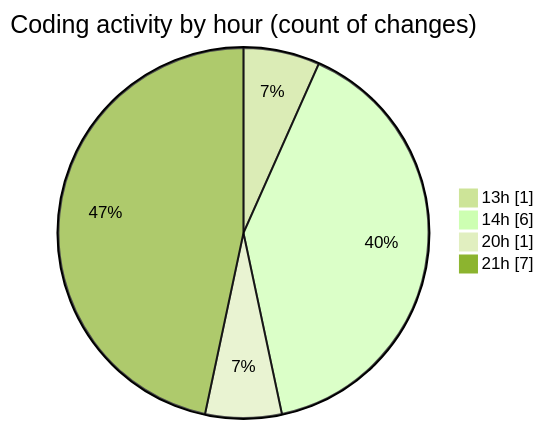
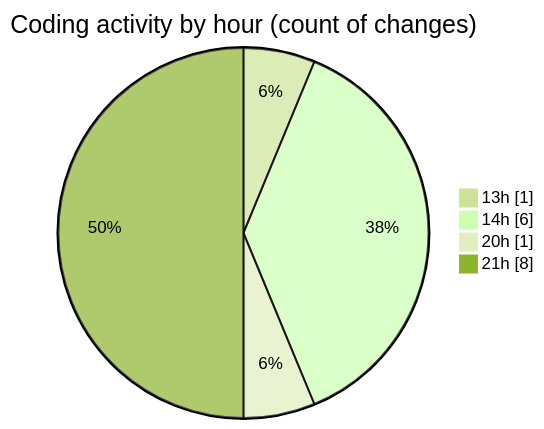
One commit to donsfak/code-tracking changed the second of 2 diagrams in 2025-01-08/maps_clone/README.md. Above: the diagram before and after it, drawn with Mermaid (forest theme). The commit also changed other lines of this file and 1 other file, not shown here.

````diff
--- a/2025-01-08/maps_clone/README.md
+++ b/2025-01-08/maps_clone/README.md
@@ -33,8 +33,8 @@
 ```mermaid
 pie showData
 title Coding activity by hour (count of changes)
 "13h" : 1
 "14h" : 6
 "20h" : 1
-"21h" : 7
+"21h" : 8
 ```
````
